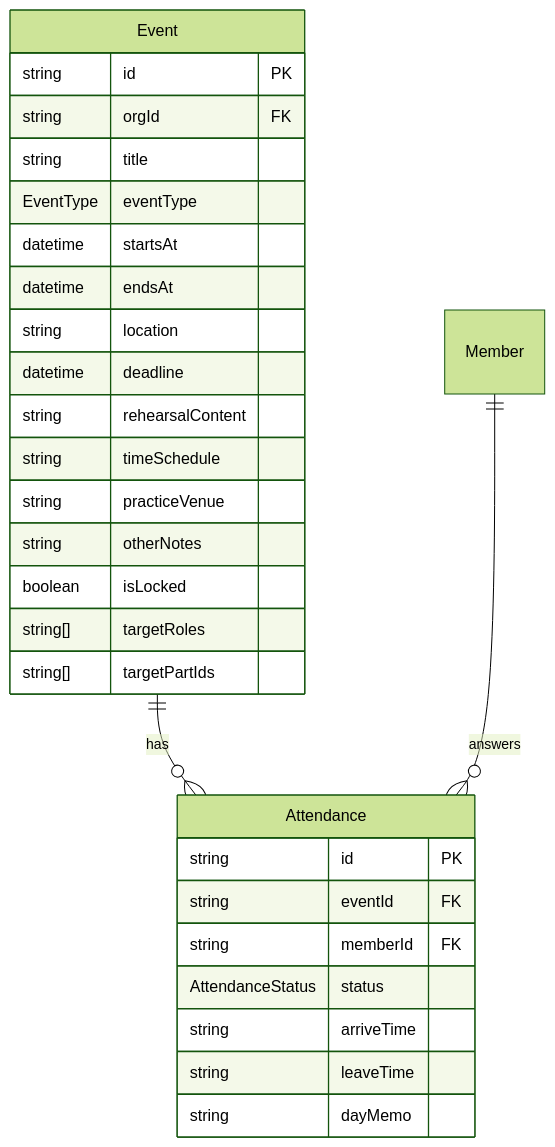
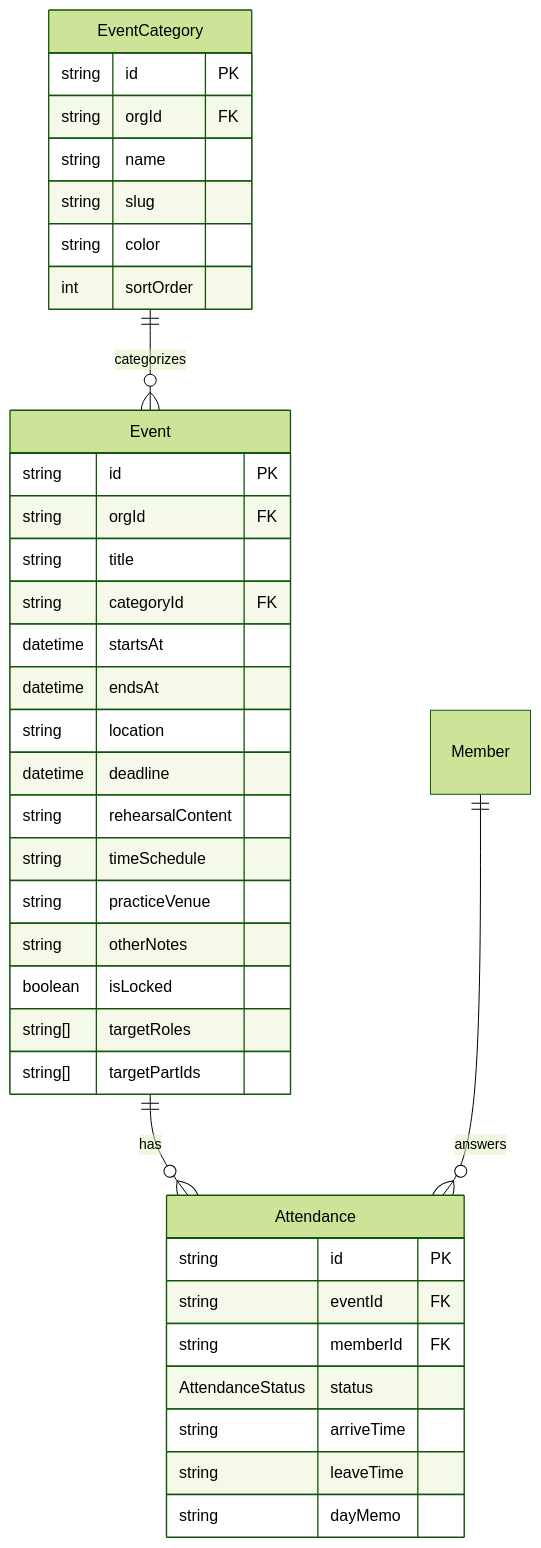
One commit to Genki1019/choirhub changed the third of 7 diagrams in docs/database.md. Above: the diagram before and after it, drawn with Mermaid (forest theme). The commit also changed other lines of this file and 34 other files, not shown here.

````diff
--- a/docs/database.md
+++ b/docs/database.md
@@ -136,32 +144,41 @@
 ```mermaid
 erDiagram
+    EventCategory {
+        string id PK
+        string orgId FK
+        string name
+        string slug
+        string color
+        int    sortOrder
+    }
     Event {
         string    id PK
         string    orgId FK
         string    title
-        EventType eventType
+        string    categoryId FK
         datetime  startsAt
         datetime  endsAt
         string    location
         datetime  deadline
         string    rehearsalContent
         string    timeSchedule
         string    practiceVenue
         string    otherNotes
         boolean   isLocked
         string[]  targetRoles
         string[]  targetPartIds
     }
     Attendance {
         string           id PK
         string           eventId FK
         string           memberId FK
         AttendanceStatus status
         string           arriveTime
         string           leaveTime
         string           dayMemo
     }
 
-    Event  ||--o{ Attendance : "has"
-    Member ||--o{ Attendance : "answers"
+    EventCategory ||--o{ Event      : "categorizes"
+    Event         ||--o{ Attendance : "has"
+    Member        ||--o{ Attendance : "answers"
 ```
````
